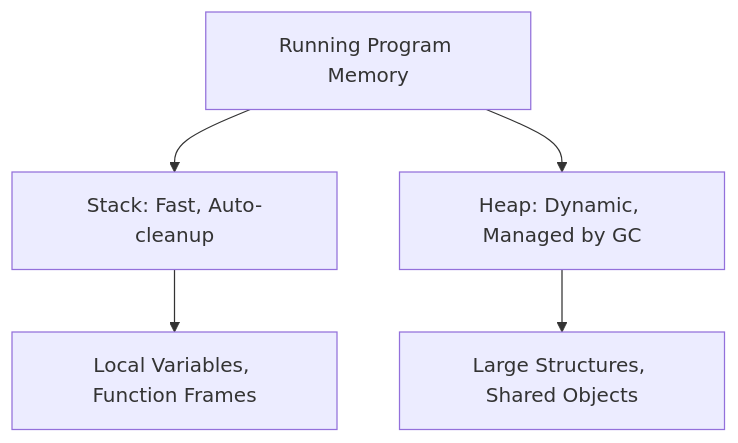
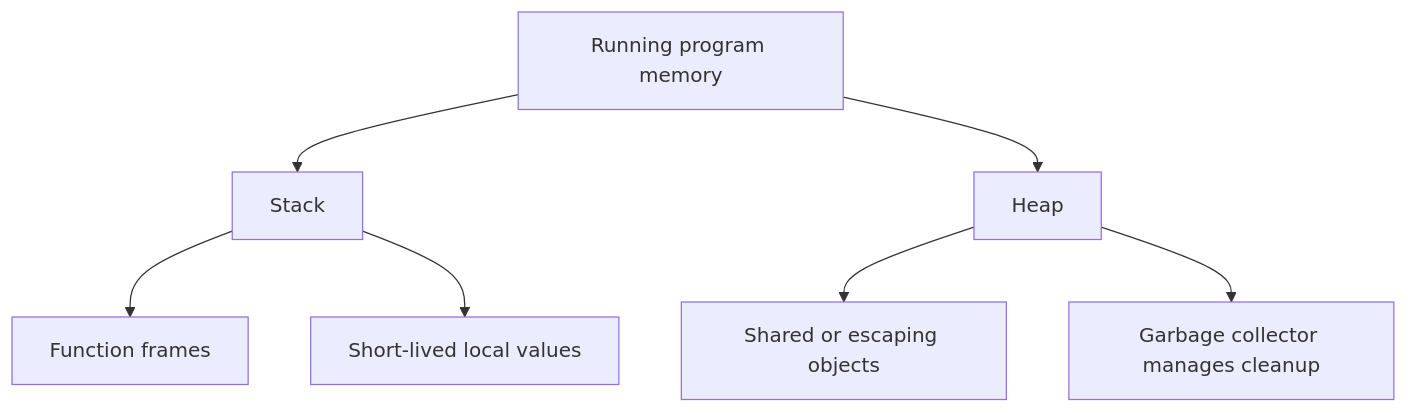
One commit to swe-labs/the-go-engineer changed the diagram in 00-how-computers-work/3-memory-basics/README.md. Above: the diagram before and after it, drawn with Mermaid. The commit also changed other lines of this file and 79 other files, not shown here.

````diff
--- a/00-how-computers-work/3-memory-basics/README.md
+++ b/00-how-computers-work/3-memory-basics/README.md
@@ -13,7 +19,9 @@
 ```mermaid
 graph TD
-    A[Running Program Memory] --> B[Stack: Fast, Auto-cleanup]
-    A --> C[Heap: Dynamic, Managed by GC]
-    B --> D[Local Variables, Function Frames]
-    C --> E[Large Structures, Shared Objects]
+    A["Running program memory"] --> B["Stack"]
+    A --> C["Heap"]
+    B --> D["Function frames"]
+    B --> E["Short-lived local values"]
+    C --> F["Shared or escaping objects"]
+    C --> G["Garbage collector manages cleanup"]
 ```
````
